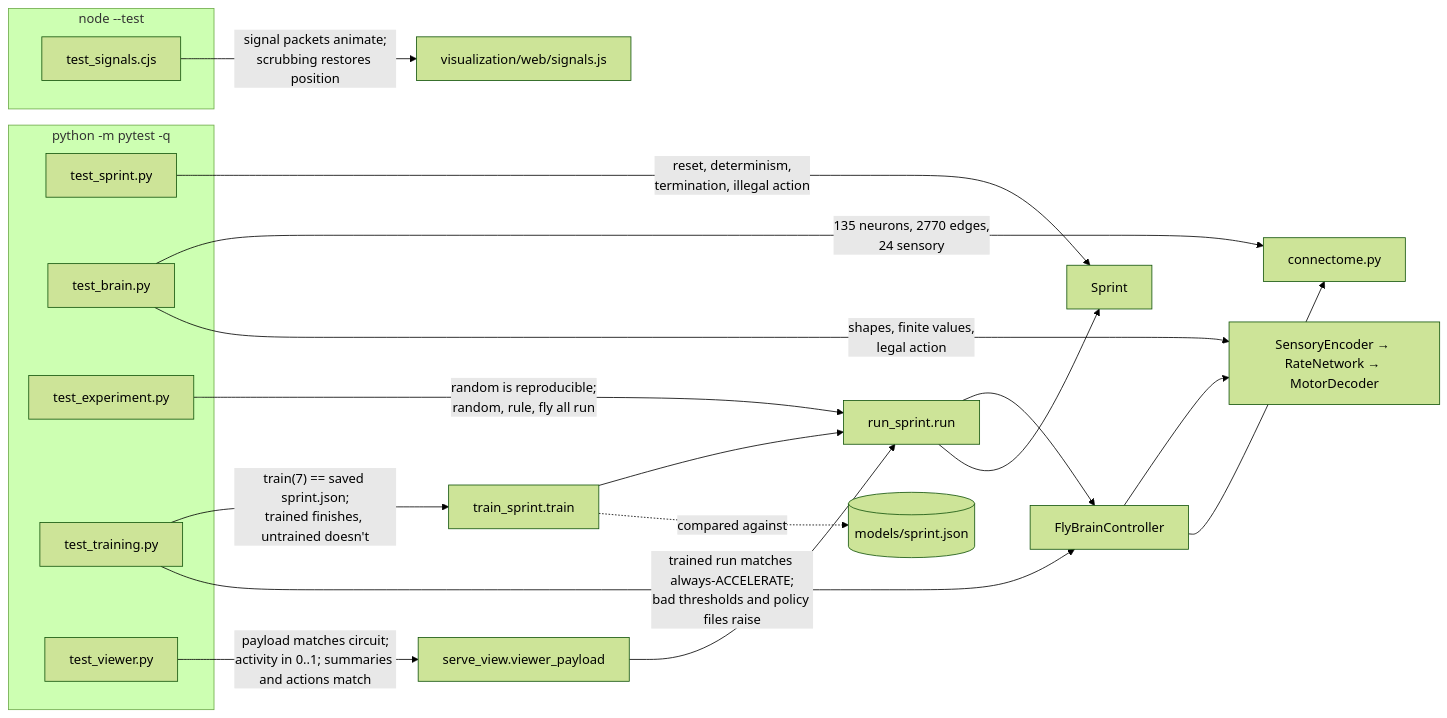
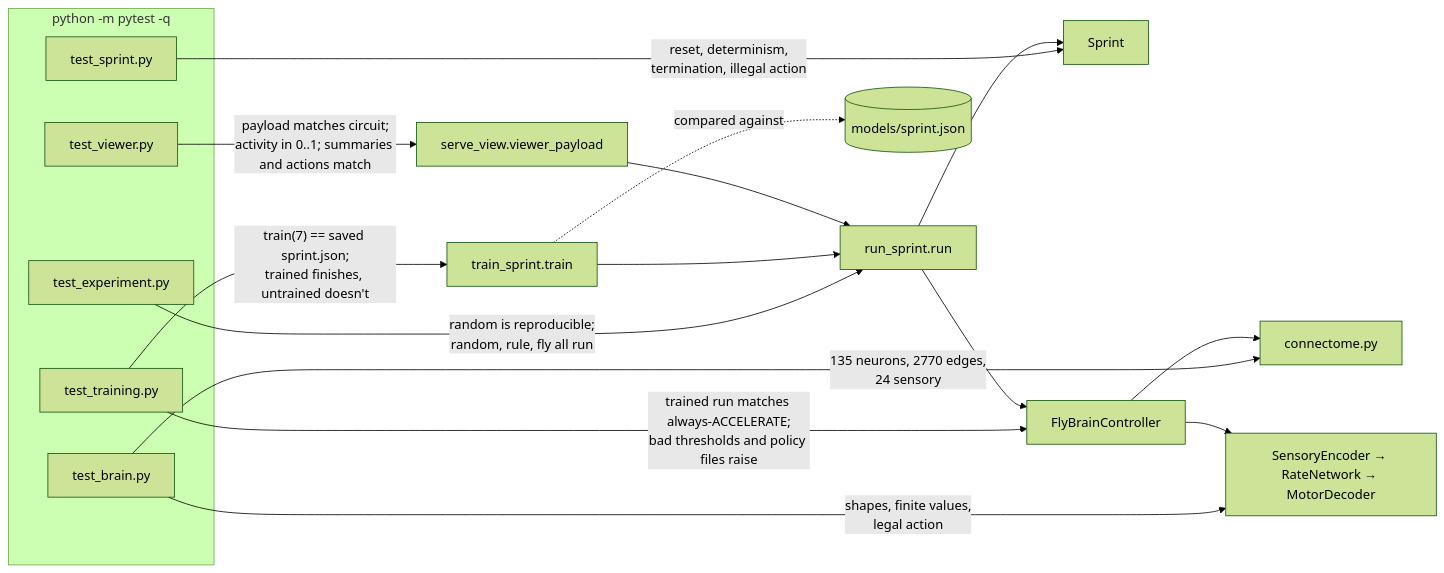
The fourth of 4 diagrams in docs/brain-uml.md (bekhruzmd/flympics), drawn with Mermaid (forest theme) before and after one commit. The commit also changed 69 other files, not shown here.

````diff
--- a/docs/brain-uml.md
+++ b/docs/brain-uml.md
@@ -181,30 +181,26 @@
 ```mermaid
 flowchart LR
     subgraph PY["python -m pytest -q"]
         TS[test_sprint.py]
         TB[test_brain.py]
         TE[test_experiment.py]
         TT[test_training.py]
         TV[test_viewer.py]
     end
-    subgraph JS["node --test"]
-        TJ[test_signals.cjs]
-    end
 
     TS -->|"reset, determinism,<br/>termination, illegal action"| Sprint
     TB -->|"135 neurons, 2770 edges,<br/>24 sensory"| Conn[connectome.py]
     TB -->|"shapes, finite values,<br/>legal action"| Pipe["SensoryEncoder → RateNetwork → MotorDecoder"]
     TE -->|"random is reproducible;<br/>random, rule, fly all run"| RunS[run_sprint.run]
     TT -->|"train(7) == saved sprint.json;<br/>trained finishes, untrained doesn't"| Train[train_sprint.train]
     TT -->|"trained run matches always-ACCELERATE;<br/>bad thresholds and policy files raise"| FBC[FlyBrainController]
     TV -->|"payload matches circuit;<br/>activity in 0..1; summaries and actions match"| View[serve_view.viewer_payload]
-    TJ -->|"signal packets animate;<br/>scrubbing restores position"| Sig[visualization/web/signals.js]
 
     Train --> RunS
     View --> RunS
     RunS --> FBC
     RunS --> Sprint
     FBC --> Pipe
     FBC --> Conn
     Train -.->|"compared against"| Policy[(models/sprint.json)]
 ```
````
